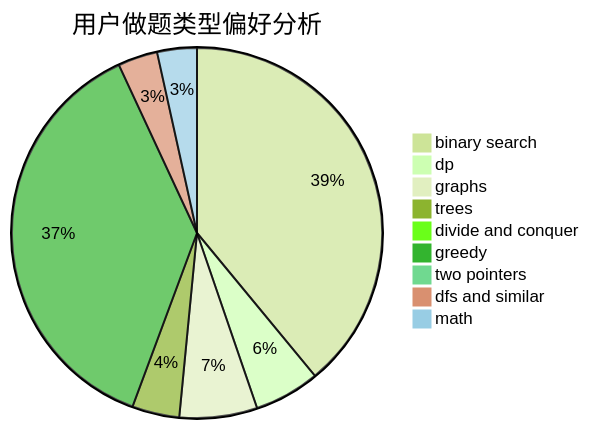
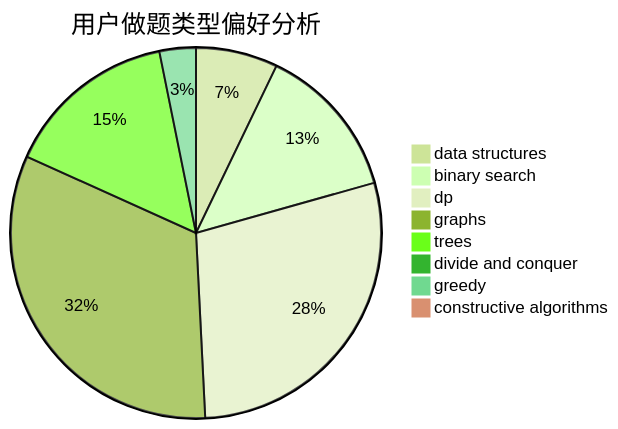
Before and after one commit to sherpahu/cfrs.github.io: the second of 3 diagrams in docs/user/u623.md, drawn with Mermaid (forest theme). The commit also changed other lines of this file and 2775 other files, not shown here.

````diff
--- a/docs/user/u623.md
+++ b/docs/user/u623.md
@@ -23,12 +23,11 @@
 ```mermaid
 pie title 用户做题类型偏好分析
-    "binary search" :  293
-    "dp" :  43
-    "graphs" :  51
-    "trees" :  31
+    "data structures" :  9
+    "binary search" :  17
+    "dp" :  36
+    "graphs" :  41
+    "trees" :  19
     "divide and conquer" :  0
-    "greedy" :  281
-    "two pointers" :  3
-    "dfs and similar" :  26
-    "math" :  26
+    "greedy" :  4
+    "constructive algorithms" :  1
 ```
````
